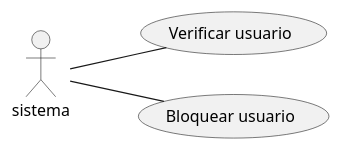
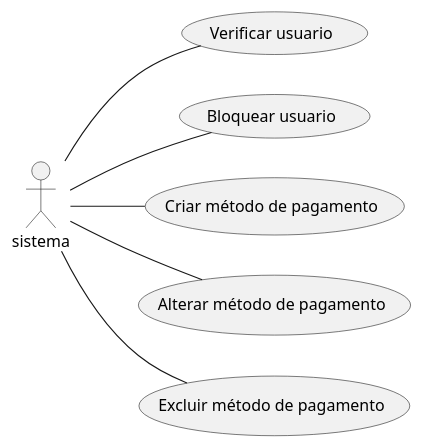
Before and after one commit to maruanoliveiraunb/es-2019: the diagram in work-products/requirements/use-cases/src/entity-system.wsd, drawn with PlantUML. The commit also changed 9 other files, not shown here.

```diff
--- a/work-products/requirements/use-cases/src/entity-system.wsd
+++ b/work-products/requirements/use-cases/src/entity-system.wsd
@@ -1,7 +1,10 @@
 @startuml Entidade Sistema
 left to right direction
 actor sistema
 
 sistema -- (Verificar usuario)
 sistema -- (Bloquear usuario)
+sistema -- (Criar método de pagamento)
+sistema -- (Alterar método de pagamento)
+sistema -- (Excluir método de pagamento)
 @enduml
```
